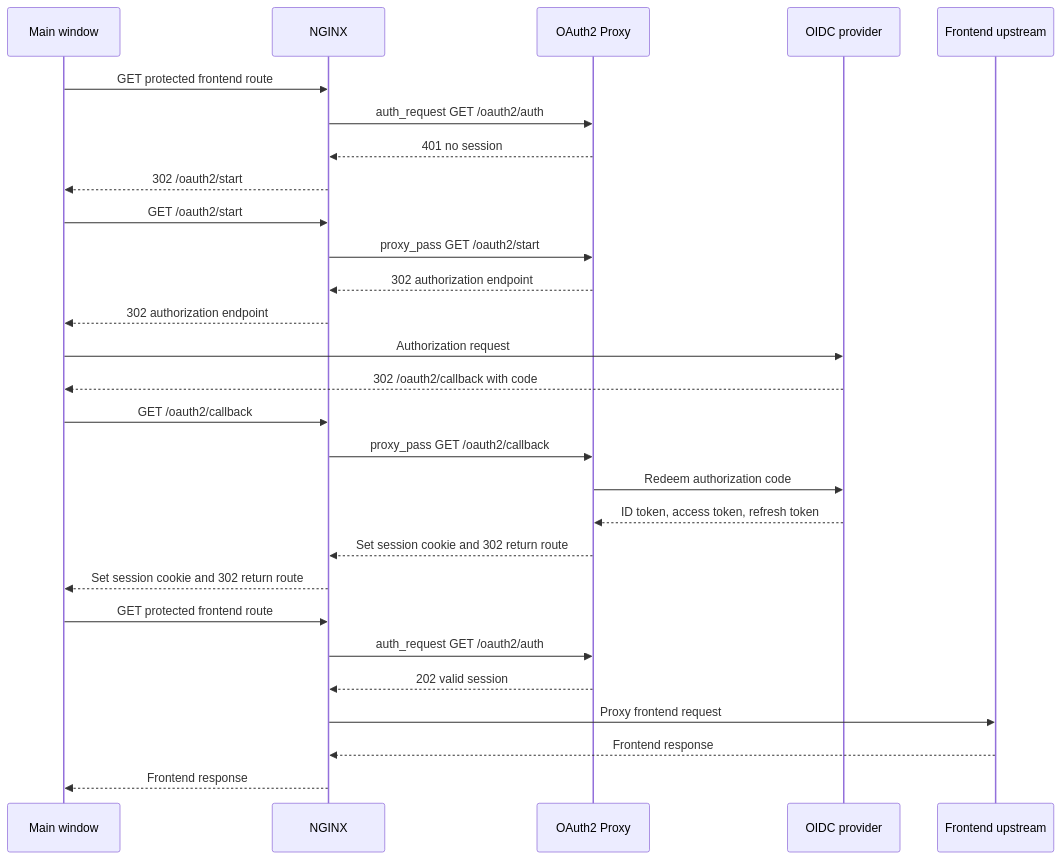
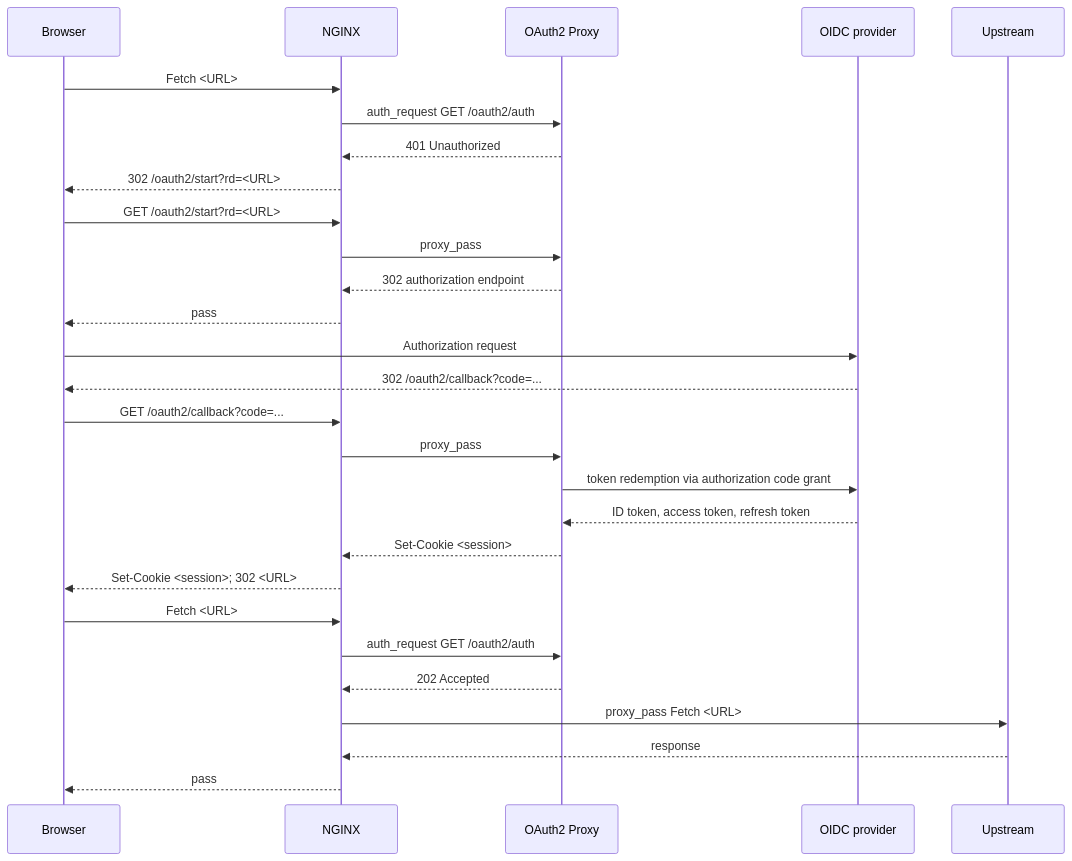
The first of 6 diagrams in docs/session-lifecycle.md (blakearoberts/visage), drawn with Mermaid before and after one commit. The commit also changed other lines of this file and 13 other files, not shown here.

````diff
--- a/docs/session-lifecycle.md
+++ b/docs/session-lifecycle.md
@@ -5,31 +5,31 @@
 ```mermaid
 sequenceDiagram
-  participant Main as Main window
+  participant Browser
   participant NGINX
   participant Proxy as OAuth2 Proxy
   participant IdP as OIDC provider
-  participant Frontend as Frontend upstream
+  participant Upstream
 
-  Main->>NGINX: GET protected frontend route
+  Browser->>NGINX: Fetch <URL>
   NGINX->>Proxy: auth_request GET /oauth2/auth
-  Proxy-->>NGINX: 401 no session
-  NGINX-->>Main: 302 /oauth2/start
-  Main->>NGINX: GET /oauth2/start
-  NGINX->>Proxy: proxy_pass GET /oauth2/start
+  Proxy-->>NGINX: 401 Unauthorized
+  NGINX-->>Browser: 302 /oauth2/start?rd=<URL>
+  Browser->>NGINX: GET /oauth2/start?rd=<URL>
+  NGINX->>Proxy: proxy_pass
   Proxy-->>NGINX: 302 authorization endpoint
-  NGINX-->>Main: 302 authorization endpoint
-  Main->>IdP: Authorization request
-  IdP-->>Main: 302 /oauth2/callback with code
-  Main->>NGINX: GET /oauth2/callback
-  NGINX->>Proxy: proxy_pass GET /oauth2/callback
-  Proxy->>IdP: Redeem authorization code
+  NGINX-->>Browser: pass
+  Browser->>IdP: Authorization request
+  IdP-->>Browser: 302 /oauth2/callback?code=...
+  Browser->>NGINX: GET /oauth2/callback?code=...
+  NGINX->>Proxy: proxy_pass
+  Proxy->>IdP: token redemption via authorization code grant
   IdP-->>Proxy: ID token, access token, refresh token
-  Proxy-->>NGINX: Set session cookie and 302 return route
-  NGINX-->>Main: Set session cookie and 302 return route
-  Main->>NGINX: GET protected frontend route
+  Proxy-->>NGINX: Set-Cookie <session>
+  NGINX-->>Browser: Set-Cookie <session>#59; 302 <URL>
+  Browser->>NGINX: Fetch <URL>
   NGINX->>Proxy: auth_request GET /oauth2/auth
-  Proxy-->>NGINX: 202 valid session
-  NGINX->>Frontend: Proxy frontend request
-  Frontend-->>NGINX: Frontend response
-  NGINX-->>Main: Frontend response
+  Proxy-->>NGINX: 202 Accepted
+  NGINX->>Upstream: proxy_pass Fetch <URL>
+  Upstream-->>NGINX: response
+  NGINX-->>Browser: pass
 ```
````
